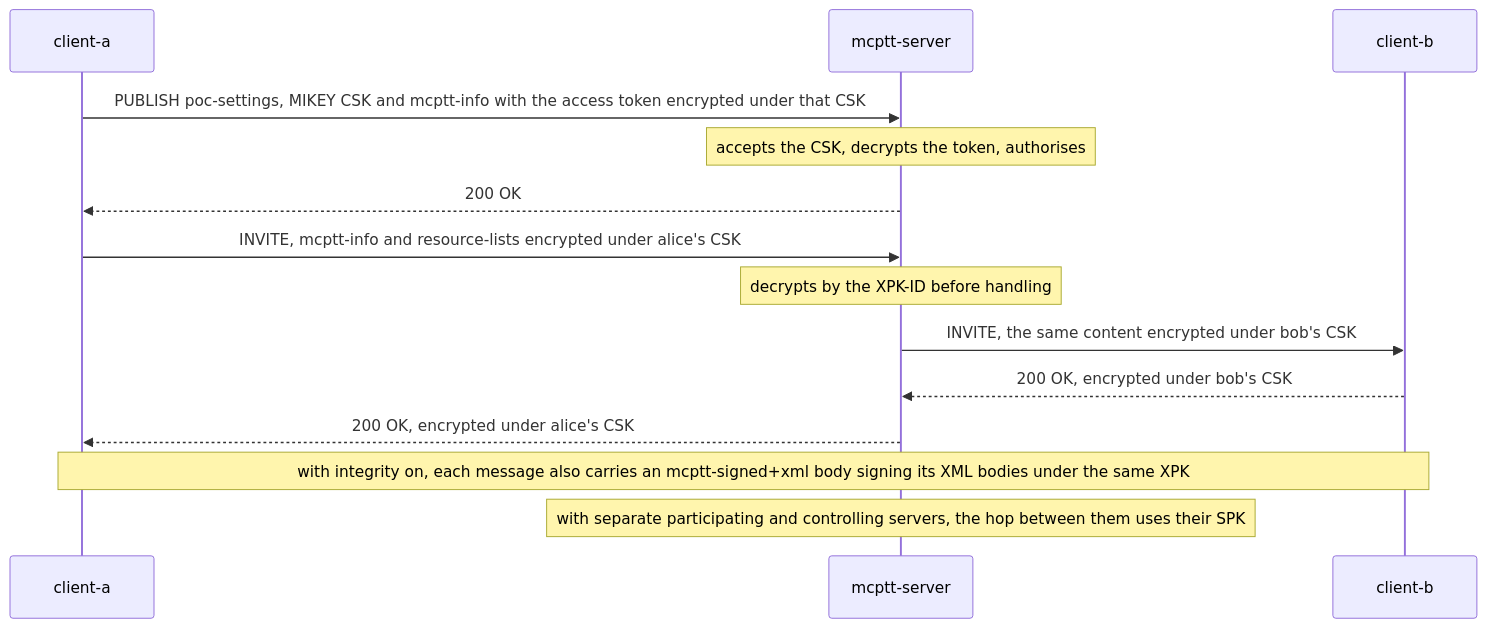
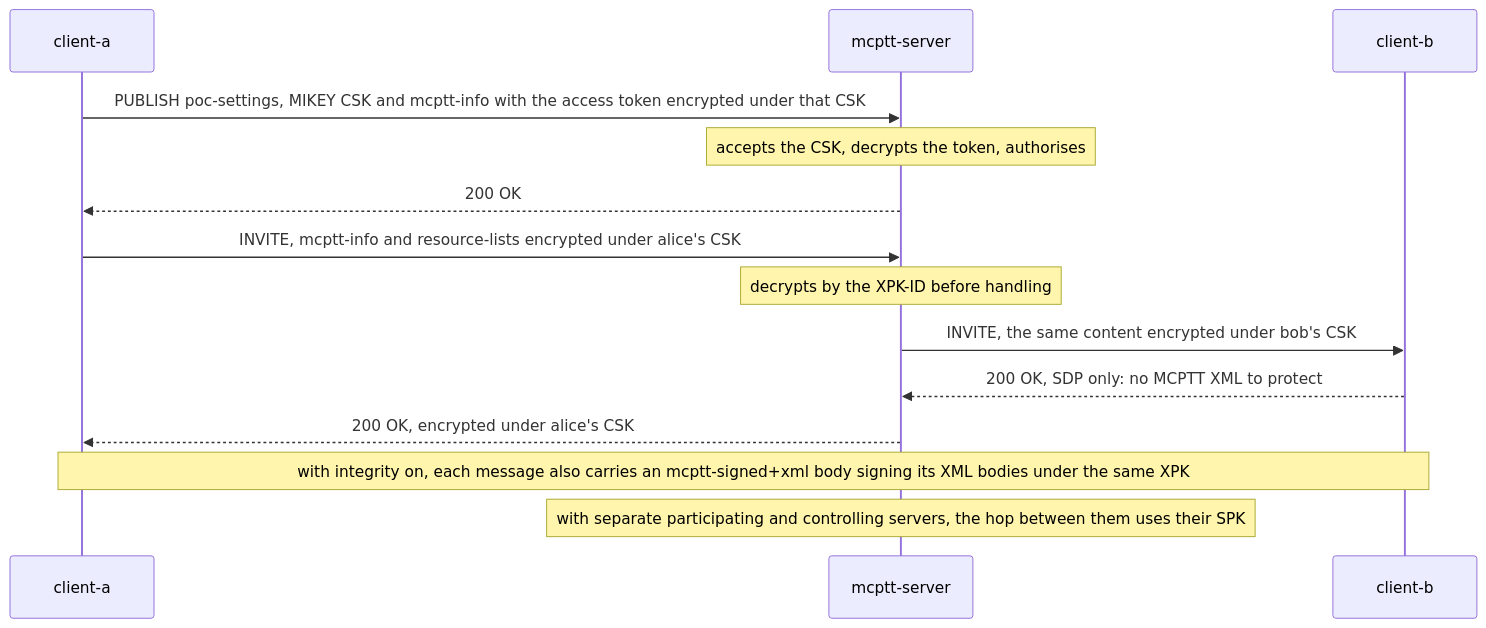
Before and after one commit to openMCX/openmcx-server: the diagram in tests/mcptt/XML_PROTECTION_TEST.md, drawn with Mermaid. The commit also changed 109 other files, not shown here.

First line of the commit message:
Regroup fixes, server warnings, single bodies and SIP outbound flows

````diff
--- a/tests/mcptt/XML_PROTECTION_TEST.md
+++ b/tests/mcptt/XML_PROTECTION_TEST.md
@@ -29,16 +29,16 @@
 ```mermaid
 sequenceDiagram
     participant A as client-a
     participant S as mcptt-server
     participant B as client-b
     A->>S: PUBLISH poc-settings, MIKEY CSK and mcptt-info with the access token encrypted under that CSK
     Note over S: accepts the CSK, decrypts the token, authorises
     S-->>A: 200 OK
     A->>S: INVITE, mcptt-info and resource-lists encrypted under alice's CSK
     Note over S: decrypts by the XPK-ID before handling
     S->>B: INVITE, the same content encrypted under bob's CSK
-    B-->>S: 200 OK, encrypted under bob's CSK
+    B-->>S: 200 OK, SDP only: no MCPTT XML to protect
     S-->>A: 200 OK, encrypted under alice's CSK
     Note over A,B: with integrity on, each message also carries an mcptt-signed+xml body signing its XML bodies under the same XPK
     Note over S: with separate participating and controlling servers, the hop between them uses their SPK
 ```
````
